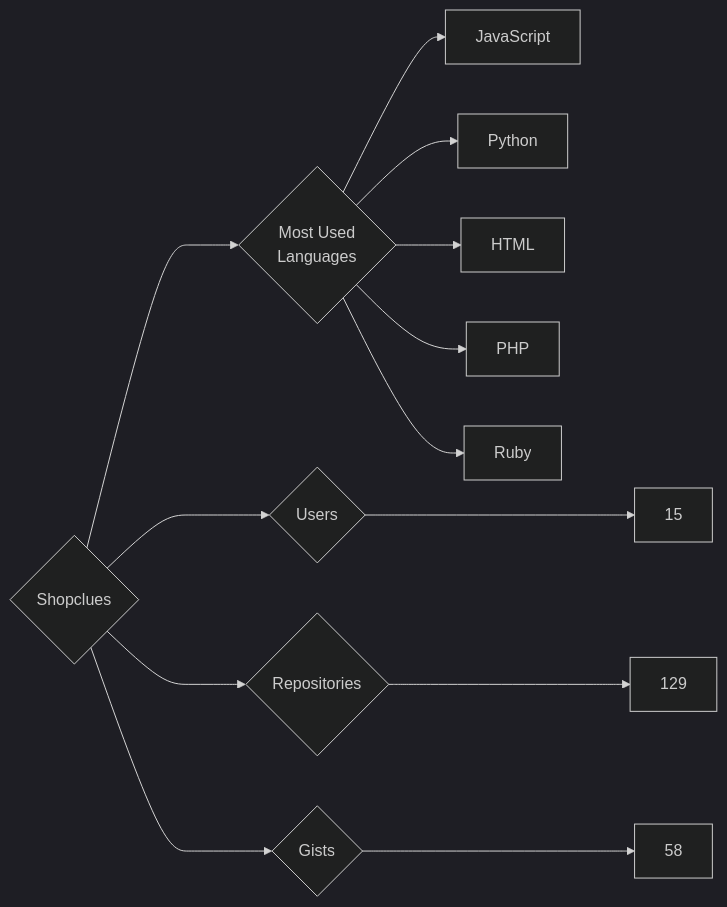
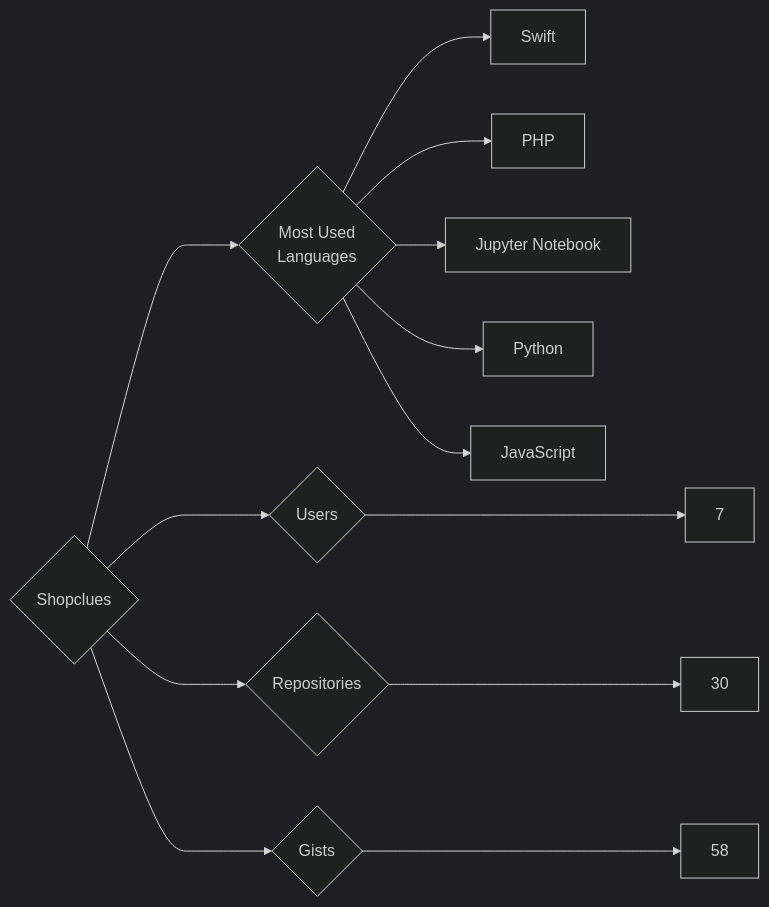
One commit to trickest/insiders changed the diagram in targets/Shopclues/README.md. Above: the diagram before and after it, drawn with Mermaid (dark theme). The commit also changed 953 other files, not shown here.

````diff
--- a/targets/Shopclues/README.md
+++ b/targets/Shopclues/README.md
@@ -3,13 +3,13 @@
 ```mermaid
 graph LR
 COMPANY_NAME{Shopclues}
-COMPANY_NAME ---> U{Users} ---> UN[15]
-COMPANY_NAME ---> R{Repositories} ---> RN[129]
+COMPANY_NAME ---> U{Users} ---> UN[7]
+COMPANY_NAME ---> R{Repositories} ---> RN[30]
 COMPANY_NAME ---> G{Gists} ---> GN[58]
 COMPANY_NAME ---> ML{Most Used<br>Languages}
+ML --> Swift[Swift]
+ML --> PHP[PHP]
+ML --> Jupyter_Notebook[Jupyter Notebook]
+ML --> Python[Python]
 ML --> JavaScript[JavaScript]
-ML --> Python[Python]
-ML --> HTML[HTML]
-ML --> PHP[PHP]
-ML --> Ruby[Ruby]
 ```
````
